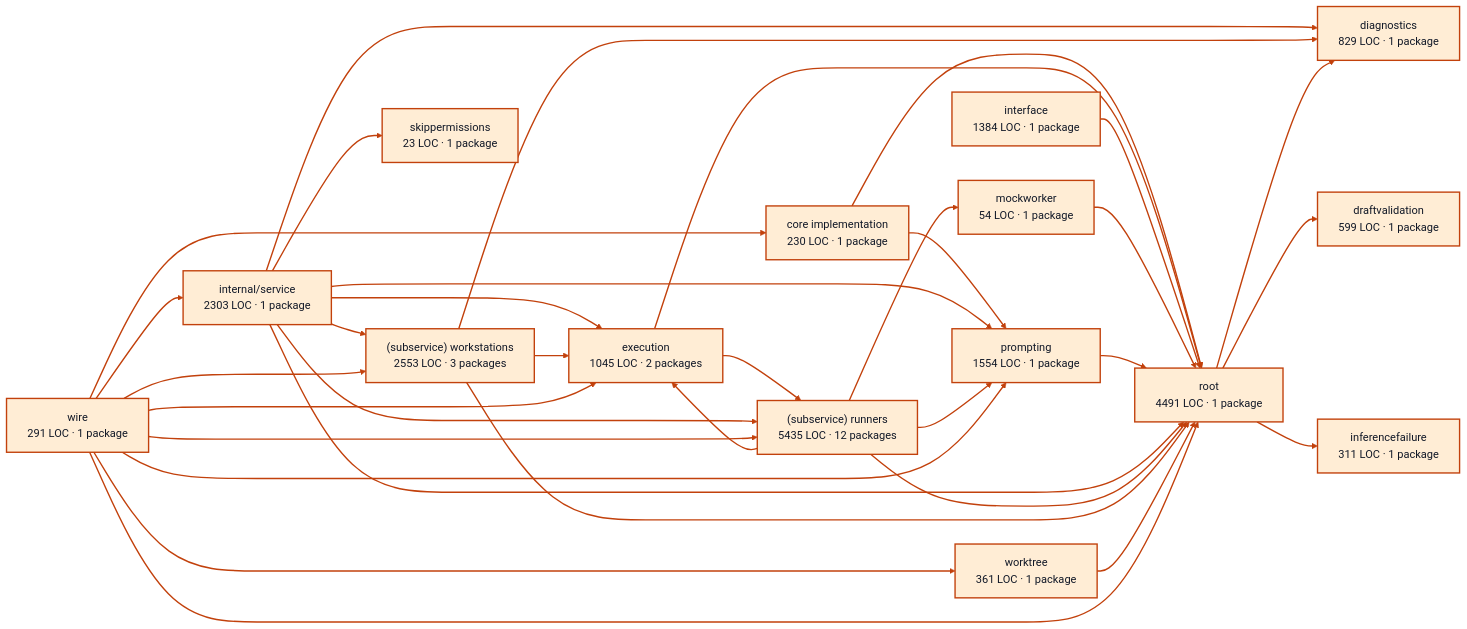
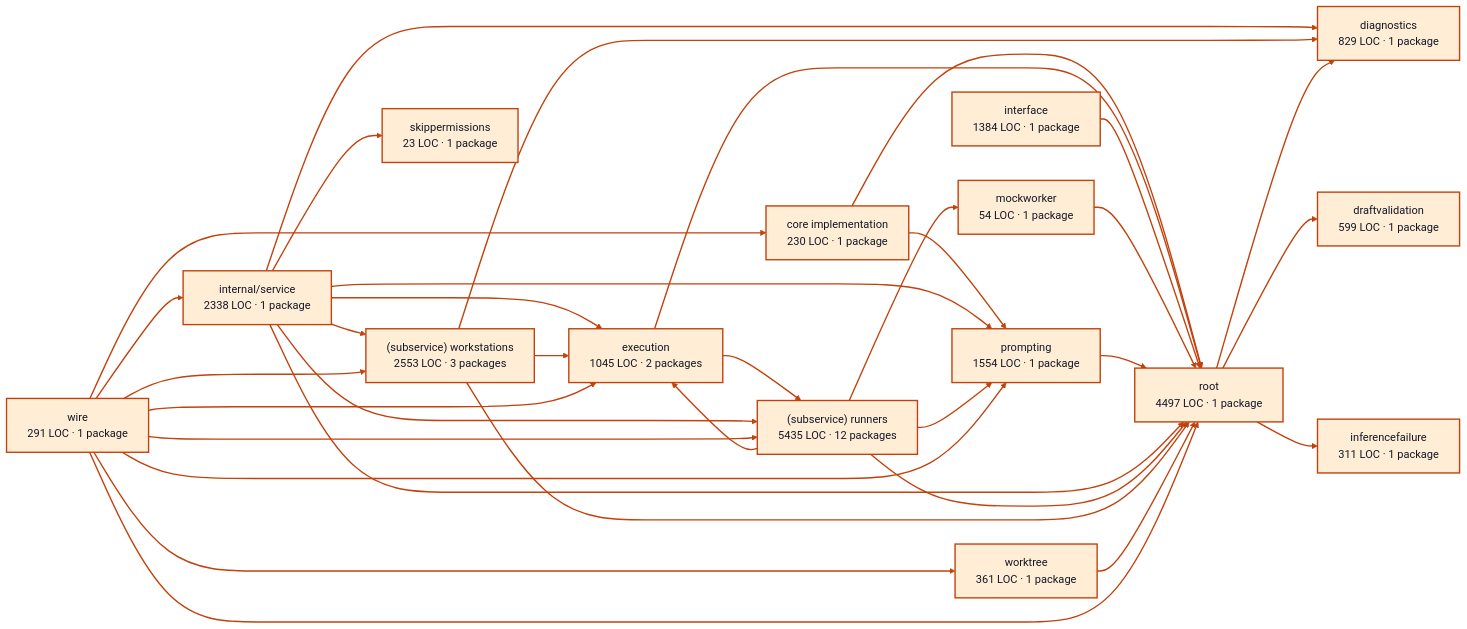
Before and after one commit to portpowered/you-agent-factory: the diagram in docs/architecture/visualizations/services/workers.md, drawn with Mermaid. The commit also changed other lines of this file and 20 other files, not shown here.

Commit message:
docs: refresh backend architecture visualizations

````diff
--- a/docs/architecture/visualizations/services/workers.md
+++ b/docs/architecture/visualizations/services/workers.md
@@ -11,67 +11,67 @@
 ```mermaid
 flowchart LR
   p0["core implementation<br/>230 LOC · 1 package"]
   p1["diagnostics<br/>829 LOC · 1 package"]
   p2["draftvalidation<br/>599 LOC · 1 package"]
   p3["execution<br/>1045 LOC · 2 packages"]
   p4["inferencefailure<br/>311 LOC · 1 package"]
   p5["interface<br/>1384 LOC · 1 package"]
   p6["mockworker<br/>54 LOC · 1 package"]
   p7["prompting<br/>1554 LOC · 1 package"]
-  p8["internal/service<br/>2303 LOC · 1 package"]
+  p8["internal/service<br/>2338 LOC · 1 package"]
   p9["(subservice) runners<br/>5435 LOC · 12 packages"]
   p10["(subservice) workstations<br/>2553 LOC · 3 packages"]
   p11["skippermissions<br/>23 LOC · 1 package"]
   p12["worktree<br/>361 LOC · 1 package"]
-  p13["root<br/>4491 LOC · 1 package"]
+  p13["root<br/>4497 LOC · 1 package"]
   p14["wire<br/>291 LOC · 1 package"]
   p0 --> p7
   p0 --> p13
   p3 --> p9
   p3 --> p13
   p5 --> p13
   p6 --> p13
   p7 --> p13
   p8 --> p1
   p8 --> p3
   p8 --> p7
   p8 --> p9
   p8 --> p10
   p8 --> p11
   p8 --> p13
   p9 --> p3
   p9 --> p6
   p9 --> p7
   p9 --> p13
   p10 --> p1
   p10 --> p3
   p10 --> p13
   p12 --> p13
   p13 --> p1
   p13 --> p2
   p13 --> p4
   p14 --> p0
   p14 --> p3
   p14 --> p7
   p14 --> p8
   p14 --> p9
   p14 --> p10
   p14 --> p12
   p14 --> p13
   style p0 fill:#ffedd5,stroke:#c2410c,stroke-width:2px,color:#111827
   style p1 fill:#ffedd5,stroke:#c2410c,stroke-width:2px,color:#111827
   style p2 fill:#ffedd5,stroke:#c2410c,stroke-width:2px,color:#111827
   style p3 fill:#ffedd5,stroke:#c2410c,stroke-width:2px,color:#111827
   style p4 fill:#ffedd5,stroke:#c2410c,stroke-width:2px,color:#111827
   style p5 fill:#ffedd5,stroke:#c2410c,stroke-width:2px,color:#111827
   style p6 fill:#ffedd5,stroke:#c2410c,stroke-width:2px,color:#111827
   style p7 fill:#ffedd5,stroke:#c2410c,stroke-width:2px,color:#111827
   style p8 fill:#ffedd5,stroke:#c2410c,stroke-width:2px,color:#111827
   style p9 fill:#ffedd5,stroke:#c2410c,stroke-width:2px,color:#111827
   style p10 fill:#ffedd5,stroke:#c2410c,stroke-width:2px,color:#111827
   style p11 fill:#ffedd5,stroke:#c2410c,stroke-width:2px,color:#111827
   style p12 fill:#ffedd5,stroke:#c2410c,stroke-width:2px,color:#111827
   style p13 fill:#ffedd5,stroke:#c2410c,stroke-width:2px,color:#111827
   style p14 fill:#ffedd5,stroke:#c2410c,stroke-width:2px,color:#111827
   linkStyle default stroke:#c2410c,stroke-width:2px
 ```
````
